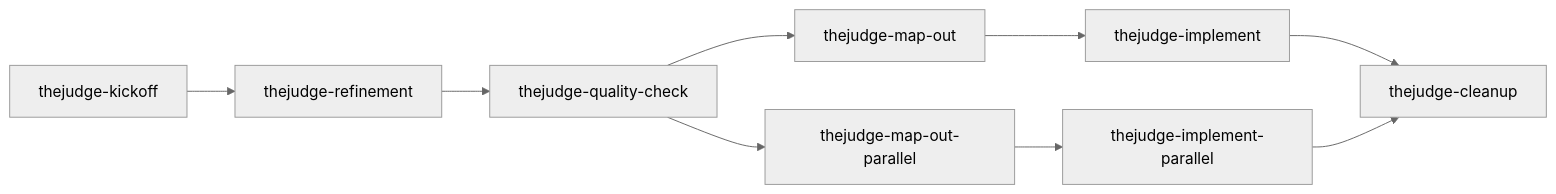
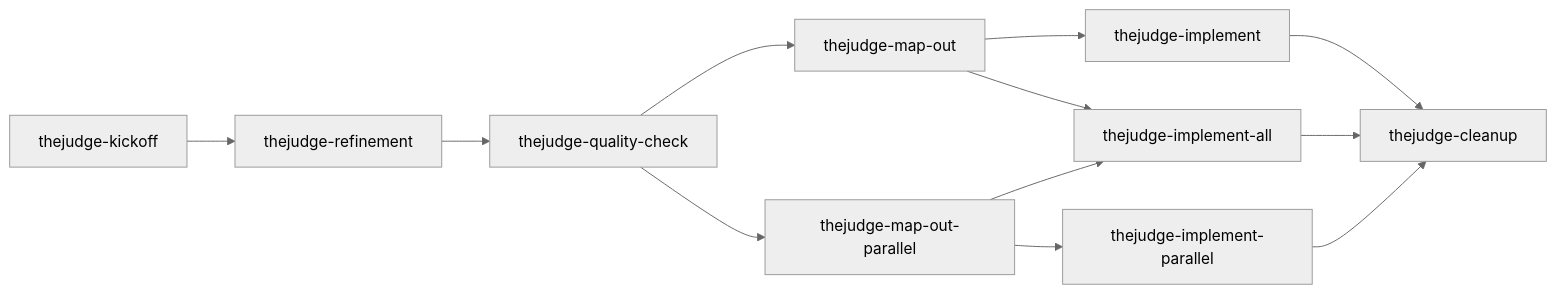
One commit to ChrisMiho/TheJudge changed the diagram in AGENT-SKILLS.md. Above: the diagram before and after it, drawn with Mermaid (neutral theme). The commit also changed other lines of this file and 84 other files, not shown here.

First line of the commit message:
Enhance TheJudge skills with the addition of `thejudge-implement-all` for unattended slice execution

````diff
--- a/AGENT-SKILLS.md
+++ b/AGENT-SKILLS.md
@@ -39,11 +38,14 @@
 ```mermaid
 flowchart LR
   kickoff[thejudge-kickoff] --> refinement[thejudge-refinement]
   refinement --> qc[thejudge-quality-check]
   qc --> mapout[thejudge-map-out]
   qc --> mapoutp[thejudge-map-out-parallel]
   mapout --> implement[thejudge-implement]
+  mapout --> implementall[thejudge-implement-all]
   mapoutp --> implementp[thejudge-implement-parallel]
+  mapoutp --> implementall
   implement --> cleanup[thejudge-cleanup]
+  implementall --> cleanup
   implementp --> cleanup
 ```
````
